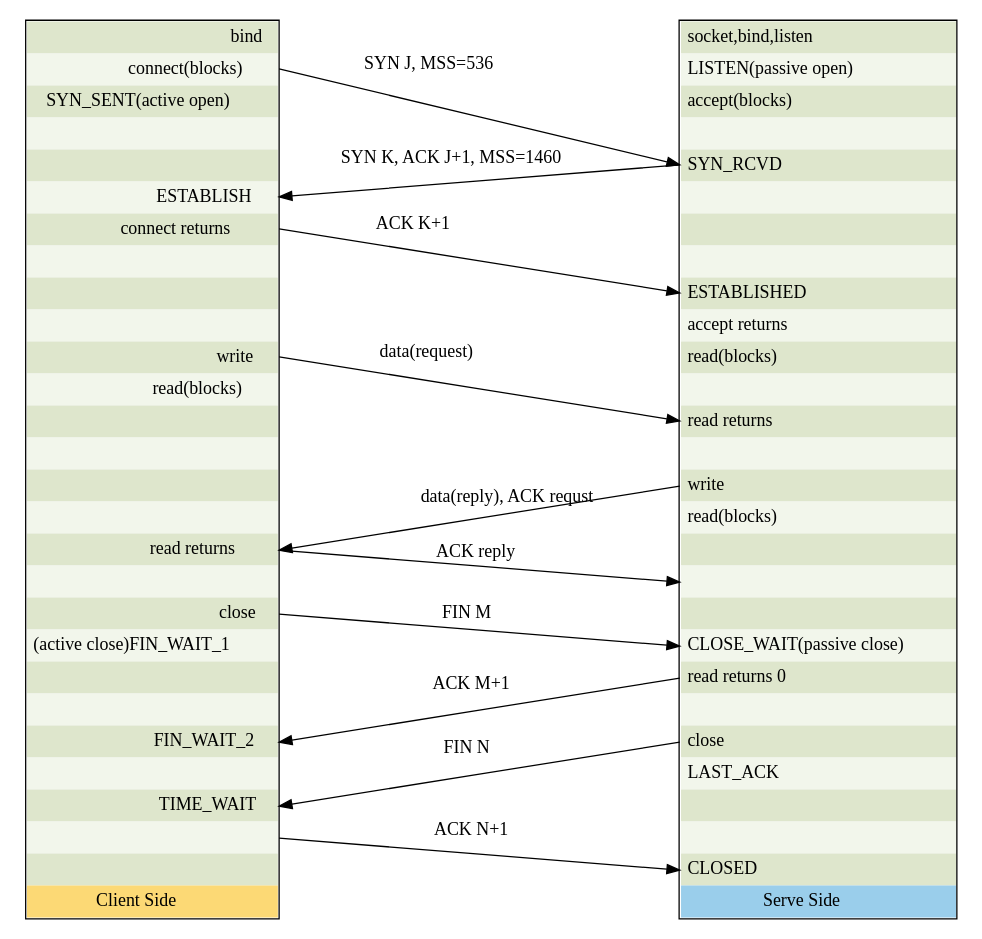
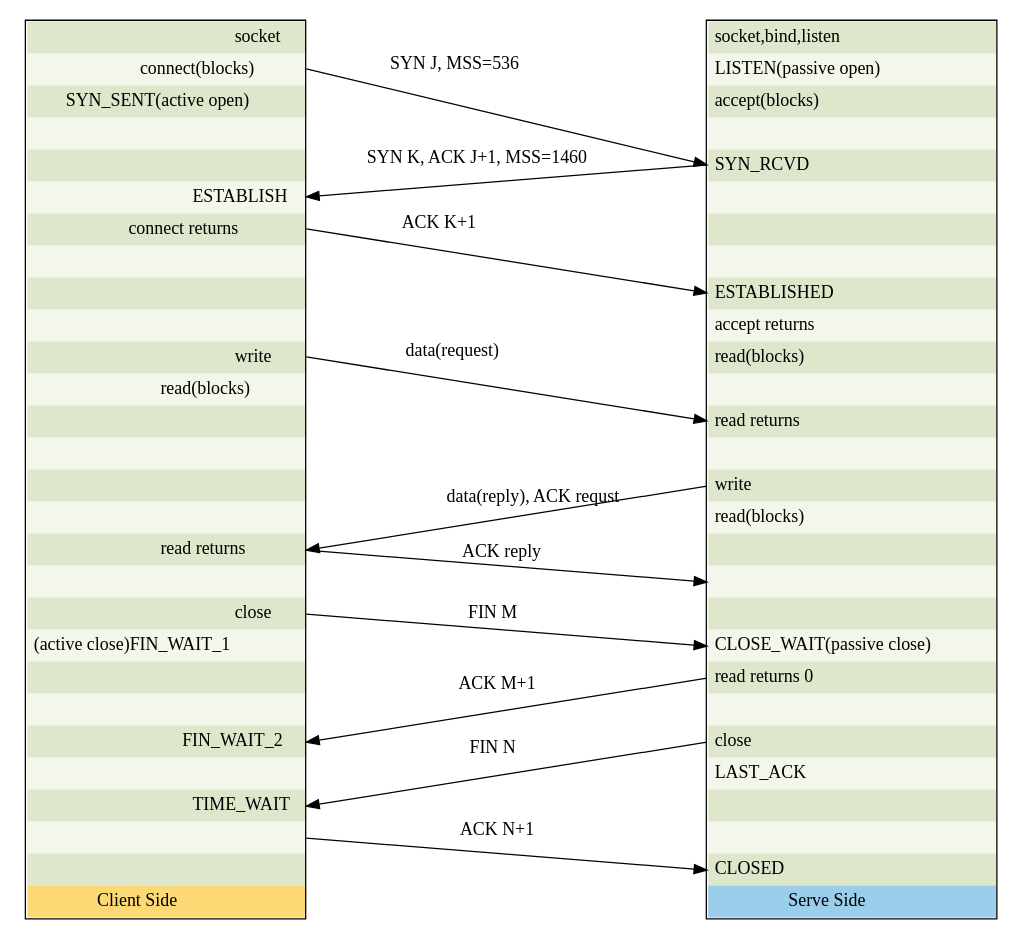
Before and after one commit to harrifeng/org_dot: the diagram in notes/network/three-four-way.dot, drawn with Graphviz. The commit also changed 1 other file, not shown here.

Commit message:
client should not use bind

```diff
--- a/notes/network/three-four-way.dot
+++ b/notes/network/three-four-way.dot
@@ -1,83 +1,83 @@
 digraph structs {
     splines=false;
-    node[shape="plaintext"];
+    node[shape="plaintext", fontname="Consolas,Monaco"];
 
     struct_c[label=<
              <table border="1" cellborder="0" cellspacing="0" cellpadding="5" >
-             <tr><td port="f0000" bgcolor="#DEE6CC" align="right">bind</td></tr>
+             <tr><td port="f0000" bgcolor="#DEE6CC" align="right">socket</td></tr>
              <tr><td port="f0001" bgcolor="#F2F6EB" align="right">connect(blocks)</td></tr>
              <tr><td port="f0000" bgcolor="#DEE6CC" align="right">SYN_SENT(active open) </td></tr>
              <tr><td port="f0000" bgcolor="#F2F6EB" align="right"> </td></tr>
              <tr><td port="f0000" bgcolor="#DEE6CC" align="right"> </td></tr>
              <tr><td port="f0002" bgcolor="#F2F6EB" align="right"> ESTABLISH</td></tr>
              <tr><td port="f0003" bgcolor="#DEE6CC" align="right"> connect returns</td></tr>
              <tr><td port="f0000" bgcolor="#F2F6EB" align="right"> </td></tr>
              <tr><td port="f0000" bgcolor="#DEE6CC" align="right"> </td></tr>
              <tr><td port="f0000" bgcolor="#F2F6EB" align="right"> </td></tr>
              <tr><td port="f0004" bgcolor="#DEE6CC" align="right"> write</td></tr>
              <tr><td port="f0000" bgcolor="#F2F6EB" align="right"> read(blocks)</td></tr>
              <tr><td port="f0000" bgcolor="#DEE6CC" align="right"> </td></tr>
              <tr><td port="f0000" bgcolor="#F2F6EB" align="right"> </td></tr>
              <tr><td port="f0000" bgcolor="#DEE6CC" align="right"> </td></tr>
              <tr><td port="f0000" bgcolor="#F2F6EB" align="right"> </td></tr>
              <tr><td port="f0005" bgcolor="#DEE6CC" align="right"> read returns</td></tr>
              <tr><td port="f0000" bgcolor="#F2F6EB" align="right"> </td></tr>
              <tr><td port="f0006" bgcolor="#DEE6CC" align="right"> close</td></tr>
              <tr><td port="f0000" bgcolor="#F2F6EB" align="right"> (active close)FIN_WAIT_1</td></tr>
              <tr><td port="f0000" bgcolor="#DEE6CC" align="right"> </td></tr>             
              <tr><td port="f0000" bgcolor="#F2F6EB" align="right"> </td></tr>             
              <tr><td port="f0007" bgcolor="#DEE6CC" align="right"> FIN_WAIT_2</td></tr>
              <tr><td port="f0000" bgcolor="#F2F6EB" align="right"> </td></tr>
              <tr><td port="f0008" bgcolor="#DEE6CC" align="right"> TIME_WAIT</td></tr>
              <tr><td port="f0009" bgcolor="#F2F6EB" align="right"> </td></tr>             
              <tr><td port="f0000" bgcolor="#DEE6CC" align="right"> </td></tr>
              <tr><td port="f0000" bgcolor="#FCD975" > Client Side </td></tr>
              </table>
              >];
 
      struct_s[label=<
              <table border="1" cellborder="0" cellspacing="0" cellpadding="5" >
              <tr><td port="f0000" bgcolor="#DEE6CC" align="left">socket,bind,listen</td></tr>
              <tr><td port="f0000" bgcolor="#F2F6EB" align="left">LISTEN(passive open)</td></tr>
              <tr><td port="f0000" bgcolor="#DEE6CC" align="left">accept(blocks)</td></tr>
              <tr><td port="f0000" bgcolor="#F2F6EB" align="left"> </td></tr>
              <tr><td port="f0001" bgcolor="#DEE6CC" align="left">SYN_RCVD </td></tr>
              <tr><td port="f0000" bgcolor="#F2F6EB" align="left"> </td></tr>
              <tr><td port="f0000" bgcolor="#DEE6CC" align="left"> </td></tr>
              <tr><td port="f0000" bgcolor="#F2F6EB" align="left"> </td></tr>             
              <tr><td port="f0002" bgcolor="#DEE6CC" align="left">ESTABLISHED</td></tr>             
              <tr><td port="f0000" bgcolor="#F2F6EB" align="left">accept returns</td></tr>
              <tr><td port="f0000" bgcolor="#DEE6CC" align="left">read(blocks)</td></tr>
              <tr><td port="f0000" bgcolor="#F2F6EB" align="left"> </td></tr>
              <tr><td port="f0003" bgcolor="#DEE6CC" align="left"> read returns</td></tr>
              <tr><td port="f0000" bgcolor="#F2F6EB" align="left"> </td></tr>
              <tr><td port="f0004" bgcolor="#DEE6CC" align="left"> write</td></tr>
              <tr><td port="f0000" bgcolor="#F2F6EB" align="left"> read(blocks)</td></tr>
              <tr><td port="f0000" bgcolor="#DEE6CC" align="left"> </td></tr>
              <tr><td port="f0005" bgcolor="#F2F6EB" align="left"> </td></tr>
              <tr><td port="f0000" bgcolor="#DEE6CC" align="left"> </td></tr>
              <tr><td port="f0006" bgcolor="#F2F6EB" align="left"> CLOSE_WAIT(passive close)</td></tr>
              <tr><td port="f0007" bgcolor="#DEE6CC" align="left"> read returns 0</td></tr>
              <tr><td port="f0000" bgcolor="#F2F6EB" align="left"> </td></tr>
              <tr><td port="f0008" bgcolor="#DEE6CC" align="left"> close</td></tr>
              <tr><td port="f0000" bgcolor="#F2F6EB" align="left"> LAST_ACK</td></tr>             
              <tr><td port="f0000" bgcolor="#DEE6CC" align="left"> </td></tr>
              <tr><td port="f0000" bgcolor="#F2F6EB" align="left"> </td></tr>
              <tr><td port="f0009" bgcolor="#DEE6CC" align="left"> CLOSED</td></tr>
              <tr><td port="f0000" bgcolor="#9ACEEB" > Serve Side </td></tr>
              </table>
              >];
     struct_c:f0001 -> struct_s:f0001[label="  SYN J, MSS=536                        "];
     struct_s:f0001 -> struct_c:f0002[label="  SYN K, ACK J+1, MSS=1460              "];
     struct_c:f0003 -> struct_s:f0002[label="  ACK K+1                               "];
     struct_c:f0004 -> struct_s:f0003[label="  data(request)                         "];
     struct_s:f0004 -> struct_c:f0005[label="               data(reply), ACK requst  "];
     struct_c:f0005 -> struct_s:f0005[label="               ACK reply                "];
     struct_c:f0006 -> struct_s:f0006[label="               FIN M                    "];
     struct_s:f0007 -> struct_c:f0007[label="               ACK M+1                  "];
     struct_s:f0008 -> struct_c:f0008[label="               FIN N                    "];
     struct_c:f0009 -> struct_s:f0009[label="               ACK N+1                  "];                            
     
              
     {rank=same struct_c struct_s}
 }
```
